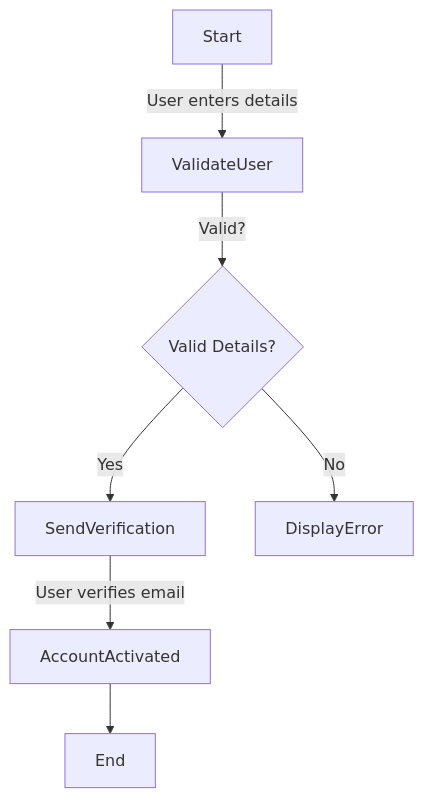
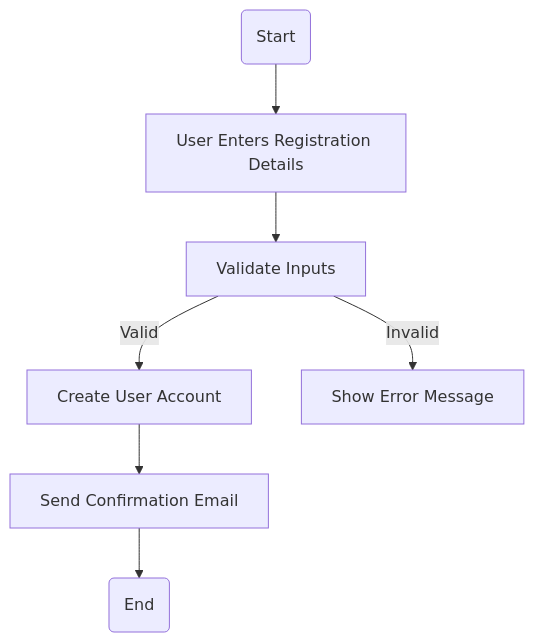
Before and after one commit to celeste-smith/event-booking-system: the first of 8 diagrams in ACTIVITY-DIAGRAMS.md, drawn with Mermaid. The commit also changed other lines of this file, not shown here.

First line of the commit message:
Update ACTIVITY-DIAGRAMS.md

````diff
--- a/ACTIVITY-DIAGRAMS.md
+++ b/ACTIVITY-DIAGRAMS.md
@@ -5,9 +7,9 @@
 ```mermaid
-graph TD;
-  Start -->|User enters details| ValidateUser;
-  ValidateUser -->|Valid?| CreateAccount{Valid Details?};
-  CreateAccount -- Yes --> SendVerification;
-  SendVerification -->|User verifies email| AccountActivated;
-  CreateAccount -- No --> DisplayError;
-  AccountActivated --> End;
+graph TD
+    A(Start) --> B[User Enters Registration Details]
+    B --> C[Validate Inputs]
+    C -->|Valid| D[Create User Account]
+    C -->|Invalid| E[Show Error Message]
+    D --> F[Send Confirmation Email]
+    F --> G(End)
 ```
````
